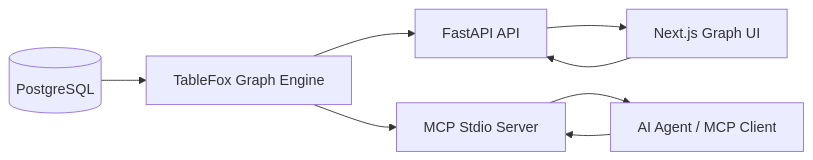
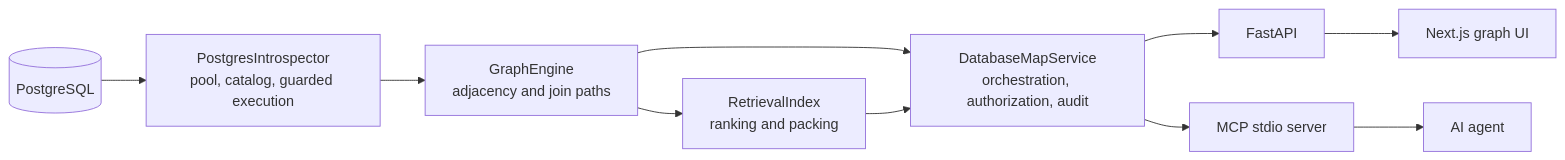
The third of 3 diagrams in README.md (Adhrit-Verma/TableFox), drawn with Mermaid before and after one commit. The commit also changed other lines of this file and 21 other files, not shown here.

````diff
--- a/README.md
+++ b/README.md
@@ -76,10 +112,12 @@
 ```mermaid
 flowchart LR
-    A[(PostgreSQL)] --> B[TableFox Graph Engine]
-    B --> C[FastAPI API]
-    B --> D[MCP Stdio Server]
-    C --> E[Next.js Graph UI]
-    D --> F[AI Agent / MCP Client]
-    F --> D
-    E --> C
+    A[(PostgreSQL)] --> B["PostgresIntrospector<br/>pool, catalog, guarded execution"]
+    B --> C["GraphEngine<br/>adjacency and join paths"]
+    C --> D["RetrievalIndex<br/>ranking and packing"]
+    C --> E["DatabaseMapService<br/>orchestration, authorization, audit"]
+    D --> E
+    E --> F["FastAPI"]
+    E --> G["MCP stdio server"]
+    F --> H["Next.js graph UI"]
+    G --> I["AI agent"]
 ```
````
